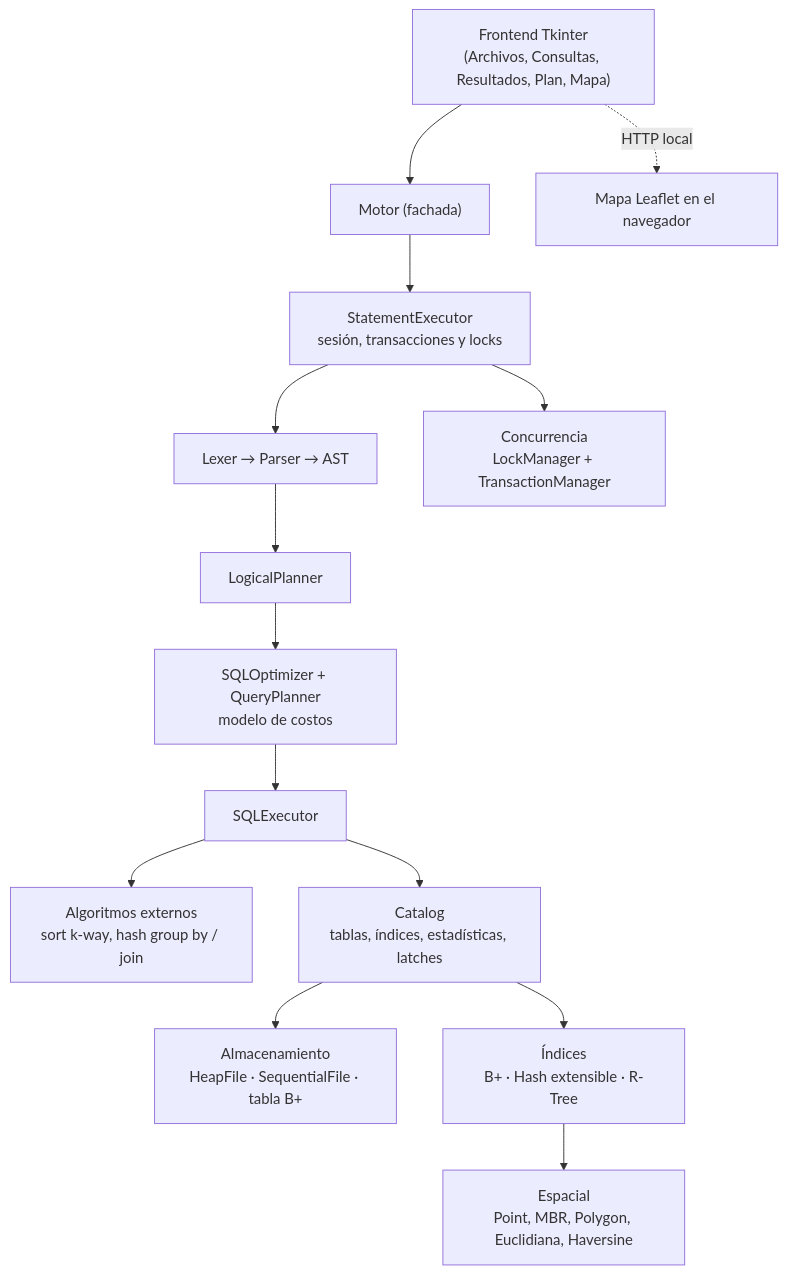
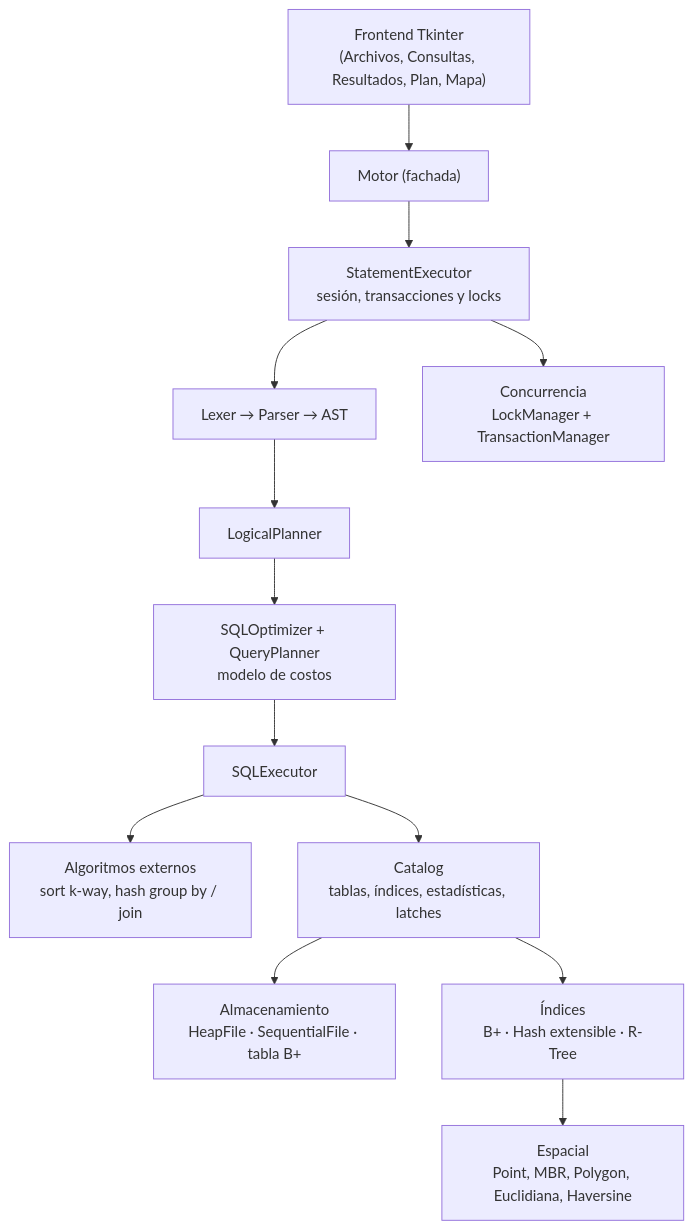
Before and after one commit to josegc02/Multimodal-tiny-database-engine: the diagram in README.md, drawn with Mermaid. The commit also changed other lines of this file and 3 other files, not shown here.

Commit message:
docs: describir el mapa nativo en lugar de Leaflet

````diff
--- a/README.md
+++ b/README.md
@@ -166,16 +166,15 @@
 ```mermaid
 flowchart TD
     UI["Frontend Tkinter<br/>(Archivos, Consultas, Resultados, Plan, Mapa)"] --> M["Motor (fachada)"]
-    UI -.HTTP local.-> MAP["Mapa Leaflet en el navegador"]
     M --> SE["StatementExecutor<br/>sesión, transacciones y locks"]
     SE --> P["Lexer → Parser → AST"]
     P --> LP["LogicalPlanner"]
     LP --> OPT["SQLOptimizer + QueryPlanner<br/>modelo de costos"]
     OPT --> EX["SQLExecutor"]
     EX --> EXT["Algoritmos externos<br/>sort k-way, hash group by / join"]
     EX --> CAT["Catalog<br/>tablas, índices, estadísticas, latches"]
     CAT --> ST["Almacenamiento<br/>HeapFile · SequentialFile · tabla B+"]
     CAT --> IDX["Índices<br/>B+ · Hash extensible · R-Tree"]
     IDX --> SP["Espacial<br/>Point, MBR, Polygon, Euclidiana, Haversine"]
     SE --> CC["Concurrencia<br/>LockManager + TransactionManager"]
 ```
````
